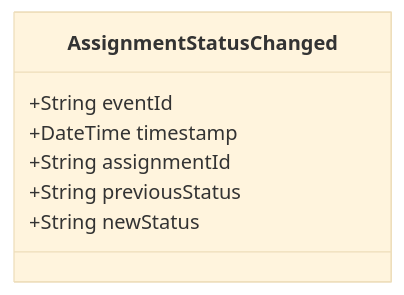
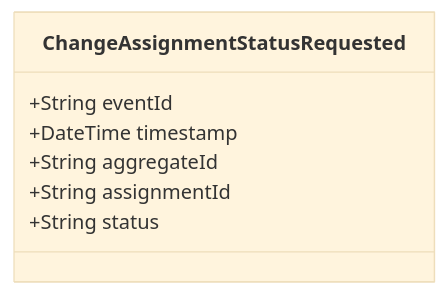
One commit to pgraff/police-system changed the diagram in doc/events/AssignmentStatusChanged.md. Above: the diagram before and after it, drawn with Mermaid (base theme). The commit also changed other lines of this file and 58 other files, not shown here.

````diff
--- a/doc/events/AssignmentStatusChanged.md
+++ b/doc/events/AssignmentStatusChanged.md
@@ -9,10 +9,10 @@
 ```mermaid
 classDiagram
-    class AssignmentStatusChanged {
+    class ChangeAssignmentStatusRequested {
         +String eventId
         +DateTime timestamp
+        +String aggregateId
         +String assignmentId
-        +String previousStatus
-        +String newStatus
+        +String status
     }
 ```
````
